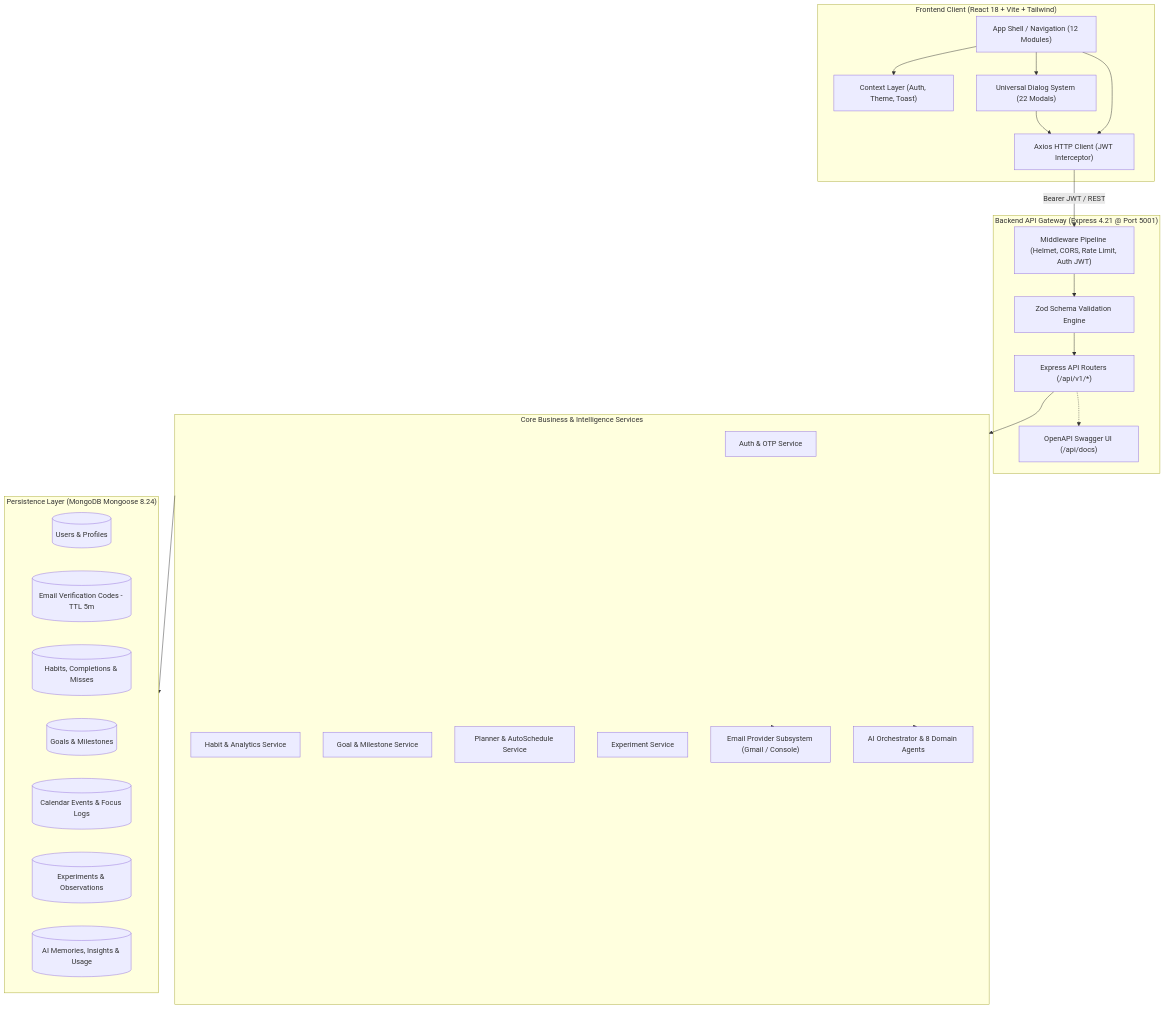
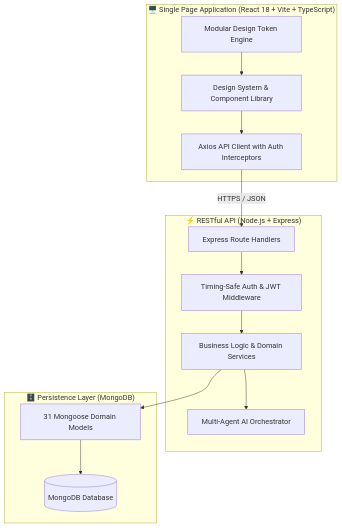
The second of 4 diagrams in README.md (tensor-ops/DailyForge), drawn with Mermaid before and after one commit. The commit also changed other lines of this file and 37 other files, not shown here.

````diff
--- a/README.md
+++ b/README.md
@@ -128,49 +133,29 @@
 ```mermaid
 flowchart TD
-    subgraph Client ["Frontend Client (React 18 + Vite + Tailwind)"]
-        UI["App Shell / Navigation (12 Modules)"]
-        Ctx["Context Layer (Auth, Theme, Toast)"]
-        Dialogs["Universal Dialog System (22 Modals)"]
-        APIClient["Axios HTTP Client (JWT Interceptor)"]
+    subgraph Client["🖥️ Single Page Application (React 18 + Vite + TypeScript)"]
+        UI[Design System & Component Library]
+        ThemeEngine[Modular Design Token Engine]
+        APIClient[Axios API Client with Auth Interceptors]
     end
 
-    subgraph Gateway ["Backend API Gateway (Express 4.21 @ Port 5001)"]
-        MW["Middleware Pipeline (Helmet, CORS, Rate Limit, Auth JWT)"]
-        Validators["Zod Schema Validation Engine"]
-        Routes["Express API Routers (/api/v1/*)"]
-        Swagger["OpenAPI Swagger UI (/api/docs)"]
+    subgraph Server["⚡ RESTful API (Node.js + Express)"]
+        Routes[Express Route Handlers]
+        AuthGuard[Timing-Safe Auth & JWT Middleware]
+        Services[Business Logic & Domain Services]
+        AIOrchestrator[Multi-Agent AI Orchestrator]
     end
 
-    subgraph Services ["Core Business & Intelligence Services"]
-        AuthSvc["Auth & OTP Service"]
-        HabitSvc["Habit & Analytics Service"]
-        GoalSvc["Goal & Milestone Service"]
-        PlannerSvc["Planner & AutoSchedule Service"]
-        ExpSvc["Experiment Service"]
-        EmailSvc["Email Provider Subsystem (Gmail / Console)"]
-        AISvc["AI Orchestrator & 8 Domain Agents"]
+    subgraph Database["🗄️ Persistence Layer (MongoDB)"]
+        Mongoose[31 Mongoose Domain Models]
+        DB[(MongoDB Database)]
     end
 
-    subgraph Persistence ["Persistence Layer (MongoDB Mongoose 8.24)"]
-        UserDB[(Users & Profiles)]
-        OTPDB[(Email Verification Codes - TTL 5m)]
-        HabitDB[(Habits, Completions & Misses)]
-        GoalDB[(Goals & Milestones)]
-        EventDB[(Calendar Events & Focus Logs)]
-        ExpDB[(Experiments & Observations)]
-        AIDB[(AI Memories, Insights & Usage)]
-    end
-
-    UI --> Ctx
-    UI --> Dialogs
-    Dialogs --> APIClient
     UI --> APIClient
-    APIClient -->|Bearer JWT / REST| MW
-    MW --> Validators
-    Validators --> Routes
-    Routes --> Services
-    Services --> Persistence
-    Services --> EmailSvc
-    Services --> AISvc
-    Routes -.-> Swagger
+    ThemeEngine --> UI
+    APIClient -- "HTTPS / JSON" --> Routes
+    Routes --> AuthGuard
+    AuthGuard --> Services
+    Services --> AIOrchestrator
+    Services --> Mongoose
+    Mongoose --> DB
 ```
````
